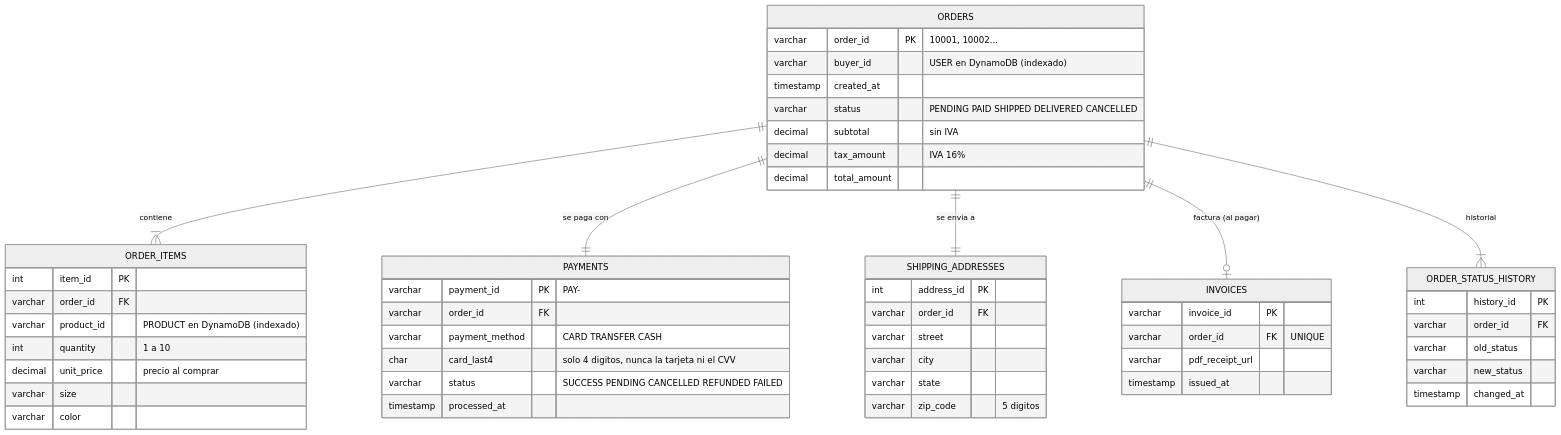
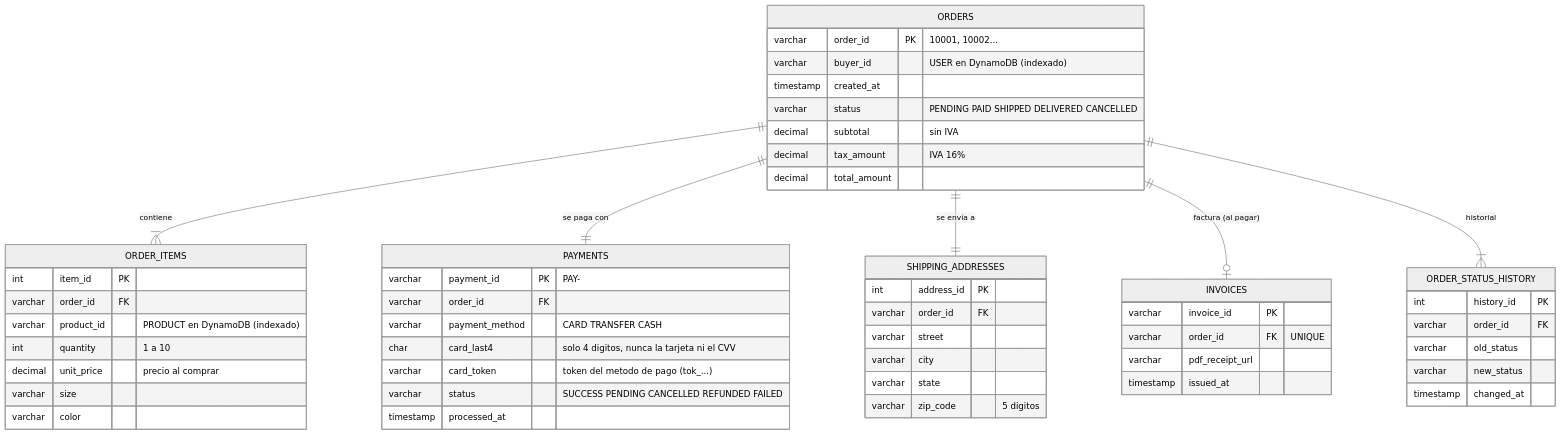
The second of 4 diagrams in docs/DIAGRAMA_ER.md (aliiyjm/Marketplace), drawn with Mermaid (neutral theme) before and after one commit. The commit also changed 13 other files, not shown here.

First line of the commit message:
Tokenize card payments: store a payment-method token, never the card

````diff
--- a/docs/DIAGRAMA_ER.md
+++ b/docs/DIAGRAMA_ER.md
@@ -61,56 +61,57 @@
 ```mermaid
 erDiagram
     ORDERS ||--|{ ORDER_ITEMS : "contiene"
     ORDERS ||--|| PAYMENTS : "se paga con"
     ORDERS ||--|| SHIPPING_ADDRESSES : "se envía a"
     ORDERS ||--o| INVOICES : "factura (al pagar)"
     ORDERS ||--|{ ORDER_STATUS_HISTORY : "historial"
 
     ORDERS {
         varchar order_id PK "10001, 10002..."
         varchar buyer_id "USER en DynamoDB (indexado)"
         timestamp created_at
         varchar status "PENDING PAID SHIPPED DELIVERED CANCELLED"
         decimal subtotal "sin IVA"
         decimal tax_amount "IVA 16%"
         decimal total_amount
     }
     ORDER_ITEMS {
         int item_id PK
         varchar order_id FK
         varchar product_id "PRODUCT en DynamoDB (indexado)"
         int quantity "1 a 10"
         decimal unit_price "precio al comprar"
         varchar size
         varchar color
     }
     PAYMENTS {
         varchar payment_id PK "PAY-<order_id>"
         varchar order_id FK
         varchar payment_method "CARD TRANSFER CASH"
         char card_last4 "solo 4 digitos, nunca la tarjeta ni el CVV"
+        varchar card_token "token del metodo de pago (tok_...)"
         varchar status "SUCCESS PENDING CANCELLED REFUNDED FAILED"
         timestamp processed_at
     }
     SHIPPING_ADDRESSES {
         int address_id PK
         varchar order_id FK
         varchar street
         varchar city
         varchar state
         varchar zip_code "5 digitos"
     }
     INVOICES {
         varchar invoice_id PK
         varchar order_id FK "UNIQUE"
         varchar pdf_receipt_url
         timestamp issued_at
     }
     ORDER_STATUS_HISTORY {
         int history_id PK
         varchar order_id FK
         varchar old_status
         varchar new_status
         timestamp changed_at
     }
 ```
````
